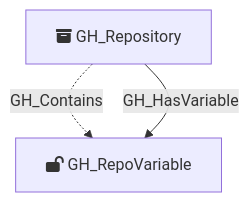
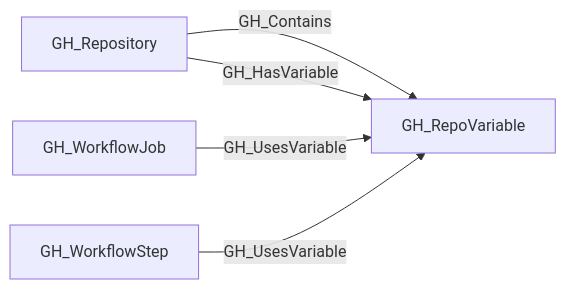
One commit to SpecterOps/bloodhound-docs changed the second of 2 diagrams in docs/opengraph/extensions/github/nodes/gh_repovariable.mdx. Above: the diagram before and after it, drawn with Mermaid. The commit also changed other lines of this file and 292 other files, not shown here.

````diff
--- a/docs/opengraph/extensions/github/nodes/gh_repovariable.mdx
+++ b/docs/opengraph/extensions/github/nodes/gh_repovariable.mdx
@@ -44,9 +50,12 @@
 ```mermaid
-flowchart TD
-    GH_RepoVariable[fa:fa-lock-open GH_RepoVariable]
-    GH_Repository[fa:fa-box-archive GH_Repository]
+flowchart LR
 
-
-    GH_Repository -.->|GH_Contains| GH_RepoVariable
-    GH_Repository -->|GH_HasVariable| GH_RepoVariable
+    GH_Repository["GH_Repository"]
+    GH_RepoVariable["GH_RepoVariable"]
+    GH_WorkflowJob["GH_WorkflowJob"]
+    GH_WorkflowStep["GH_WorkflowStep"]
+    GH_Repository -- GH_Contains --> GH_RepoVariable
+    GH_Repository -- GH_HasVariable --> GH_RepoVariable
+    GH_WorkflowJob -- GH_UsesVariable --> GH_RepoVariable
+    GH_WorkflowStep -- GH_UsesVariable --> GH_RepoVariable
 ```
````
